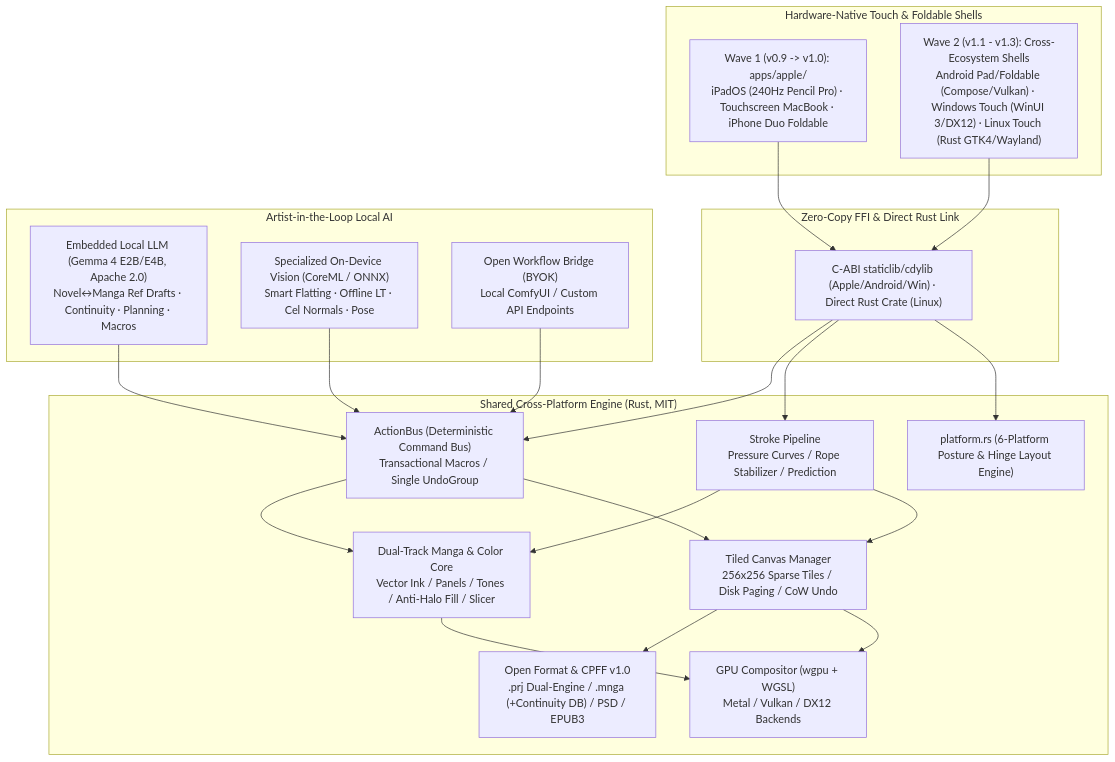
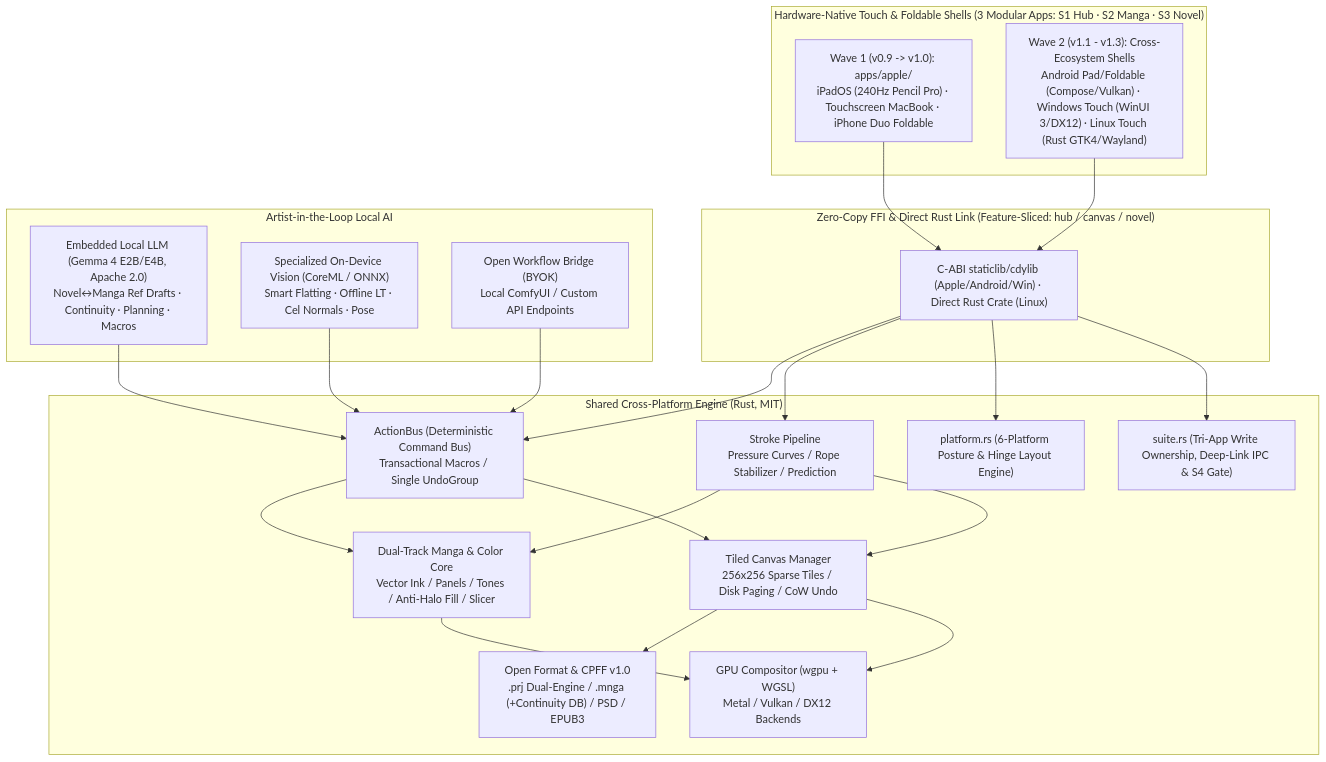
The diagram in README.md (70sDushuren/About-Paint-Tools), drawn with Mermaid before and after one commit. The commit also changed other lines of this file and 33 other files, not shown here.

Commit message:
feat: restructure into 3 modular standalone/concurrent tools (working codenames) with S4 integration PR gate

````diff
--- a/README.md
+++ b/README.md
@@ -33,43 +37,45 @@
 ```mermaid
 flowchart TD
-    subgraph UI["Hardware-Native Touch & Foldable Shells"]
+    subgraph UI["Hardware-Native Touch & Foldable Shells (3 Modular Apps: S1 Hub · S2 Manga · S3 Novel)"]
         Apple["Wave 1 (v0.9 -> v1.0): apps/apple/<br/>iPadOS (240Hz Pencil Pro) · Touchscreen MacBook · iPhone Duo Foldable"]
         Wave2["Wave 2 (v1.1 - v1.3): Cross-Ecosystem Shells<br/>Android Pad/Foldable (Compose/Vulkan) · Windows Touch (WinUI 3/DX12) · Linux Touch (Rust GTK4/Wayland)"]
     end
 
-    subgraph Bridge["Zero-Copy FFI & Direct Rust Link"]
+    subgraph Bridge["Zero-Copy FFI & Direct Rust Link (Feature-Sliced: hub / canvas / novel)"]
         FFI["C-ABI staticlib/cdylib (Apple/Android/Win) · Direct Rust Crate (Linux)"]
     end
 
     subgraph Core["Shared Cross-Platform Engine (Rust, MIT)"]
+        Suite["suite.rs (Tri-App Write Ownership, Deep-Link IPC & S4 Gate)"]
         Platform["platform.rs (6-Platform Posture & Hinge Layout Engine)"]
         Bus["ActionBus (Deterministic Command Bus)<br/>Transactional Macros / Single UndoGroup"]
         Input["Stroke Pipeline<br/>Pressure Curves / Rope Stabilizer / Prediction"]
         Canvas["Tiled Canvas Manager<br/>256x256 Sparse Tiles / Disk Paging / CoW Undo"]
         Vector["Dual-Track Manga & Color Core<br/>Vector Ink / Panels / Tones / Anti-Halo Fill / Slicer"]
         Render["GPU Compositor (wgpu + WGSL)<br/>Metal / Vulkan / DX12 Backends"]
         IO["Open Format & CPFF v1.0<br/>.prj Dual-Engine / .mnga (+Continuity DB) / PSD / EPUB3"]
     end
 
     subgraph AI["Artist-in-the-Loop Local AI"]
         Gemma["Embedded Local LLM (Gemma 4 E2B/E4B, Apache 2.0)<br/>Novel↔Manga Ref Drafts · Continuity · Planning · Macros"]
         Vision["Specialized On-Device Vision (CoreML / ONNX)<br/>Smart Flatting · Offline LT · Cel Normals · Pose"]
         BridgeAI["Open Workflow Bridge (BYOK)<br/>Local ComfyUI / Custom API Endpoints"]
     end
 
     Apple --> FFI
     Wave2 --> FFI
+    FFI --> Suite
     FFI --> Platform
     FFI --> Input
     FFI --> Bus
     Gemma --> Bus
     Vision --> Bus
     BridgeAI --> Bus
     Bus --> Canvas
     Bus --> Vector
     Input --> Canvas
     Input --> Vector
     Canvas --> Render
     Vector --> Render
     Canvas --> IO
 ```
````
